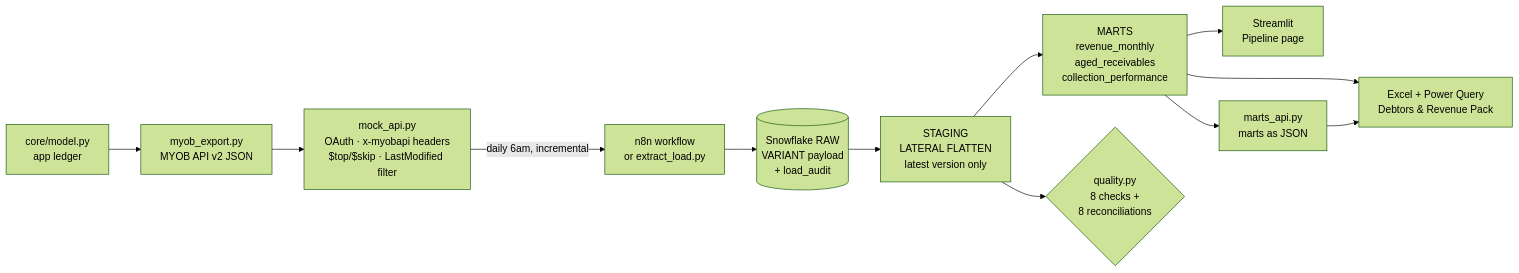
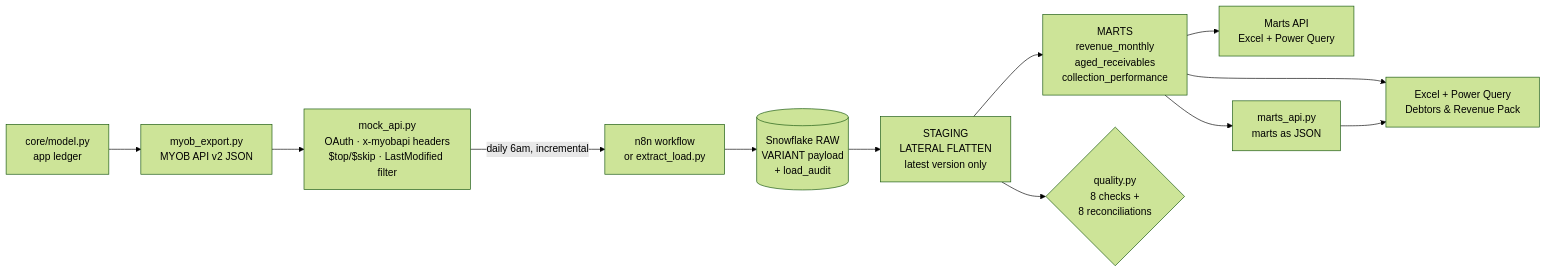
One commit to brianphu2310/Law_Firm_Operations_Intelliigence changed the diagram in docs/PIPELINE.md. Above: the diagram before and after it, drawn with Mermaid (forest theme). The commit also changed other lines of this file and 45 other files, not shown here.

````diff
--- a/docs/PIPELINE.md
+++ b/docs/PIPELINE.md
@@ -13,14 +13,14 @@
 ```mermaid
 flowchart LR
     model["core/model.py<br/>app ledger"] --> export["myob_export.py<br/>MYOB API v2 JSON"]
     export --> api["mock_api.py<br/>OAuth · x-myobapi headers<br/>$top/$skip · LastModified filter"]
     api -->|daily 6am, incremental| n8n["n8n workflow<br/>or extract_load.py"]
     n8n --> raw[("Snowflake RAW<br/>VARIANT payload<br/>+ load_audit")]
     raw --> stg["STAGING<br/>LATERAL FLATTEN<br/>latest version only"]
     stg --> marts["MARTS<br/>revenue_monthly<br/>aged_receivables<br/>collection_performance"]
     marts --> pq["Excel + Power Query<br/>Debtors & Revenue Pack"]
-    marts --> st["Streamlit<br/>Pipeline page"]
+    marts --> st["Marts API<br/>Excel + Power Query"]
     marts --> api2["marts_api.py<br/>marts as JSON"]
     api2 --> pq
     stg --> dq{"quality.py<br/>8 checks +<br/>8 reconciliations"}
 ```
````
